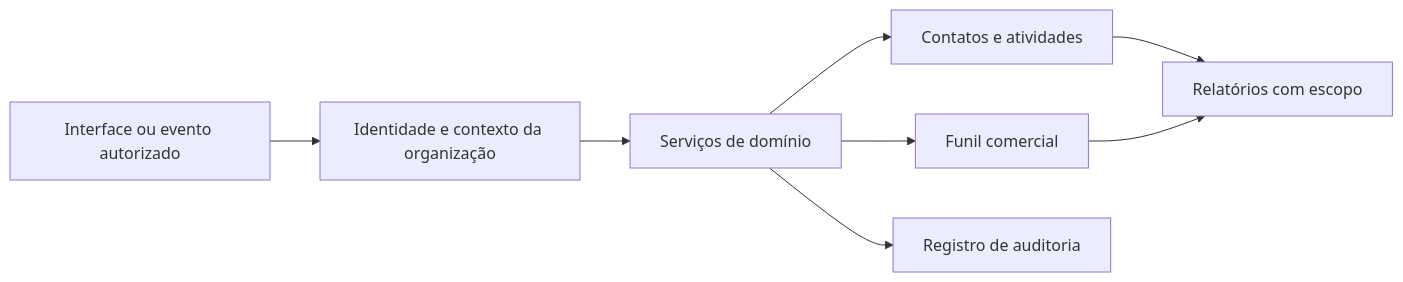
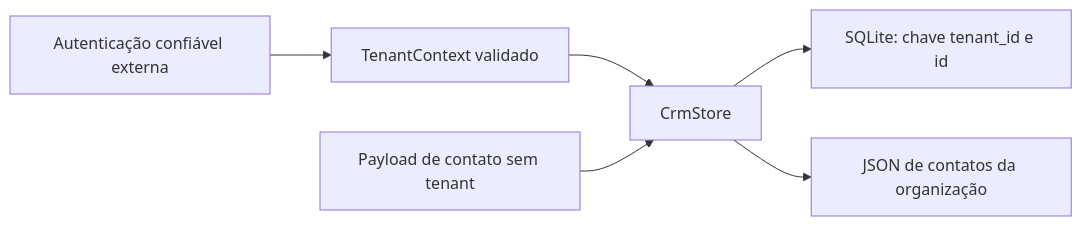
One commit to LufeDigitalWave/multi-tenant-crm-case-study changed the diagram in ARCHITECTURE.md. Above: the diagram before and after it, drawn with Mermaid. The commit also changed other lines of this file and 11 other files, not shown here.

Commit message:
feat: add executable tenant-scoped SQLite CRM example

````diff
--- a/ARCHITECTURE.md
+++ b/ARCHITECTURE.md
@@ -5,10 +5,8 @@
 ```mermaid
 flowchart LR
-    A[Interface ou evento autorizado] --> B[Identidade e contexto da organização]
-    B --> C[Serviços de domínio]
-    C --> D[Contatos e atividades]
-    C --> E[Funil comercial]
-    C --> F[Registro de auditoria]
-    D --> G[Relatórios com escopo]
-    E --> G
+    A[Autenticação confiável externa] --> B[TenantContext validado]
+    B --> C[CrmStore]
+    D[Payload de contato sem tenant] --> C
+    C --> E[SQLite: chave tenant_id e id]
+    C --> F[JSON de contatos da organização]
 ```
````
